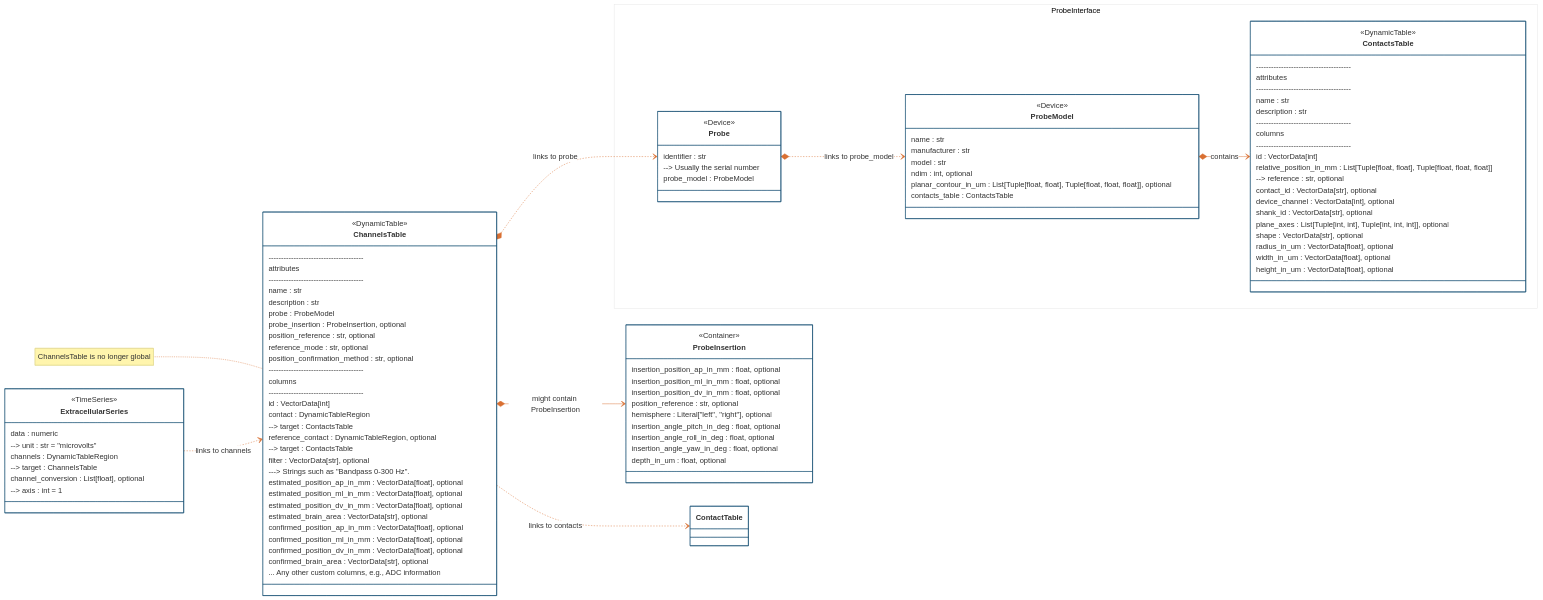
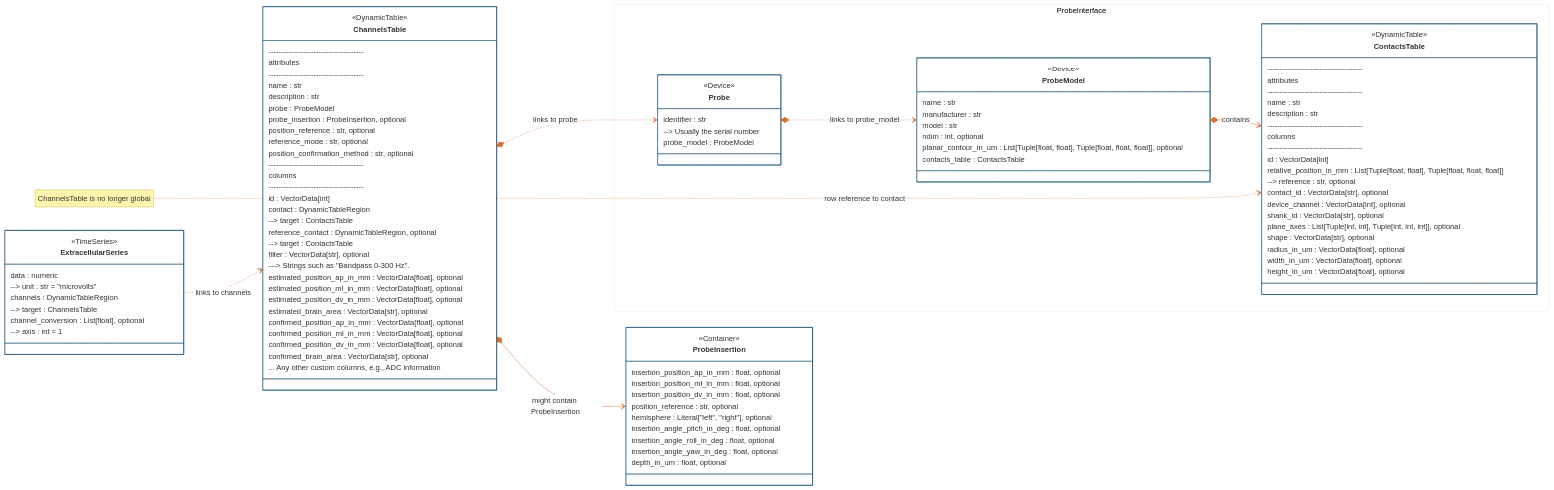
The diagram in README.md (catalystneuro/ndx-extracellular-channels), drawn with Mermaid before and after one commit.

Commit message:
Fix mermaid typo

````diff
--- a/README.md
+++ b/README.md
@@ -187,7 +187,7 @@
     ProbeModel *--> ContactsTable : contains
     ExtracellularSeries ..> ChannelsTable : links to channels
     ChannelsTable *..> Probe : links to probe
-    ChannelsTable ..> ContactTable : links to contacts
+    ChannelsTable ..> ContactsTable : row reference to contact
     ChannelsTable *--> ProbeInsertion: might contain ProbeInsertion
     note for ChannelsTable "ChannelsTable is no longer global"
 ```
````
